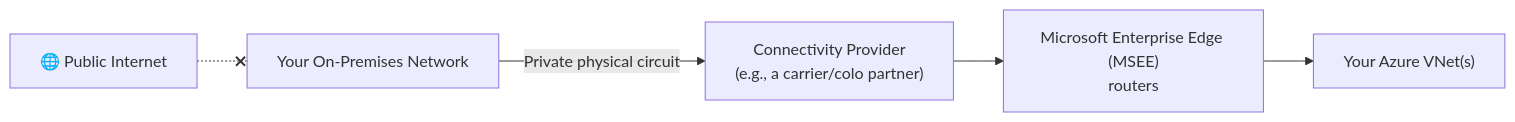
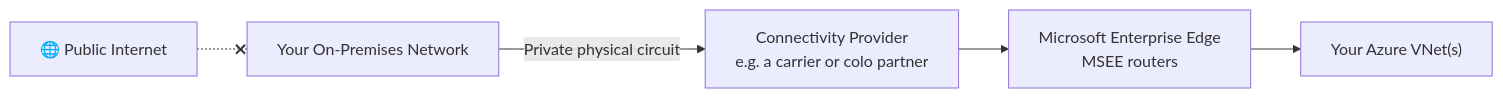
The seventh of 7 diagrams in docs/day15_vpn_expressroute.md (Iam-mithran/LWM-Azure), drawn with Mermaid before and after one commit. The commit also changed other lines of this file and 12 other files, not shown here.

````diff
--- a/docs/day15_vpn_expressroute.md
+++ b/docs/day15_vpn_expressroute.md
@@ -215,10 +388,10 @@
 ```mermaid
 graph LR
     OnPrem["Your On-Premises Network"]
-    Provider["Connectivity Provider\n(e.g., a carrier/colo partner)"]
-    MSEE["Microsoft Enterprise Edge (MSEE)\nrouters"]
+    Provider["Connectivity Provider<br/>e.g. a carrier or colo partner"]
+    MSEE["Microsoft Enterprise Edge<br/>MSEE routers"]
     Azure["Your Azure VNet(s)"]
 
     OnPrem -->|"Private physical circuit"| Provider --> MSEE --> Azure
     Internet["🌐 Public Internet"] -.-x OnPrem
 ```
````
